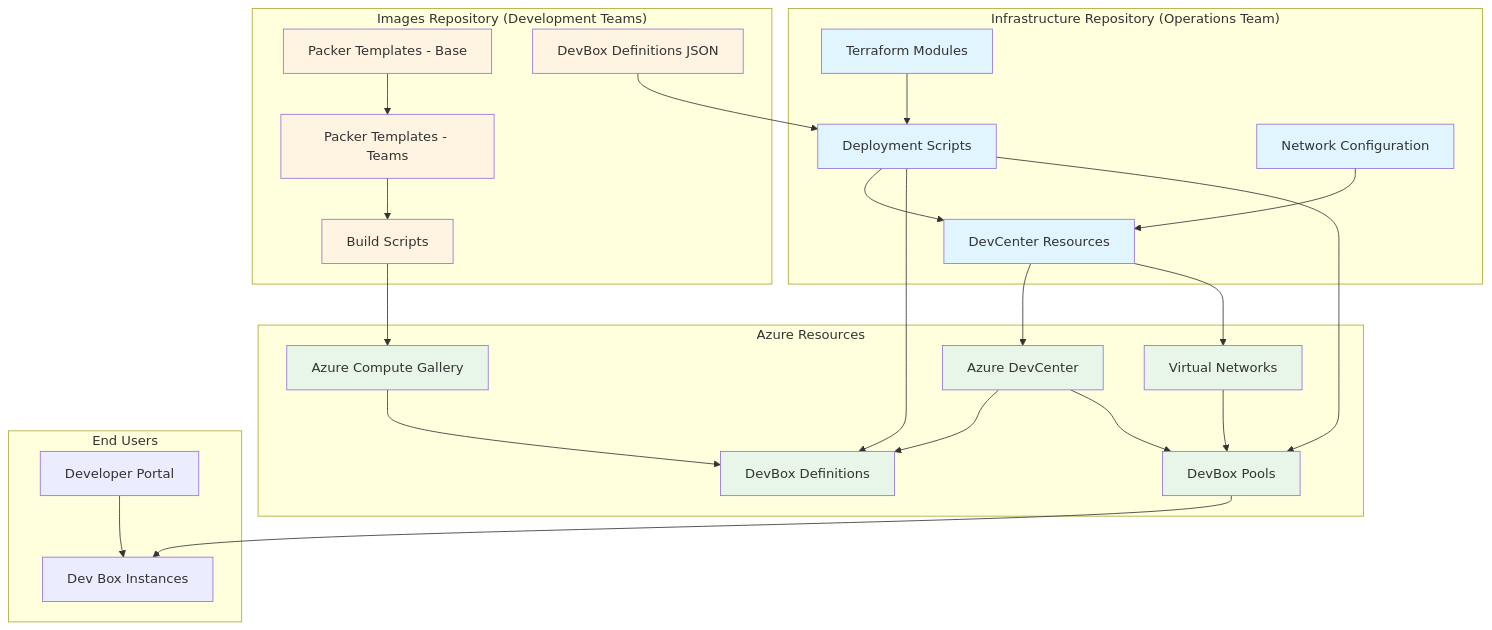
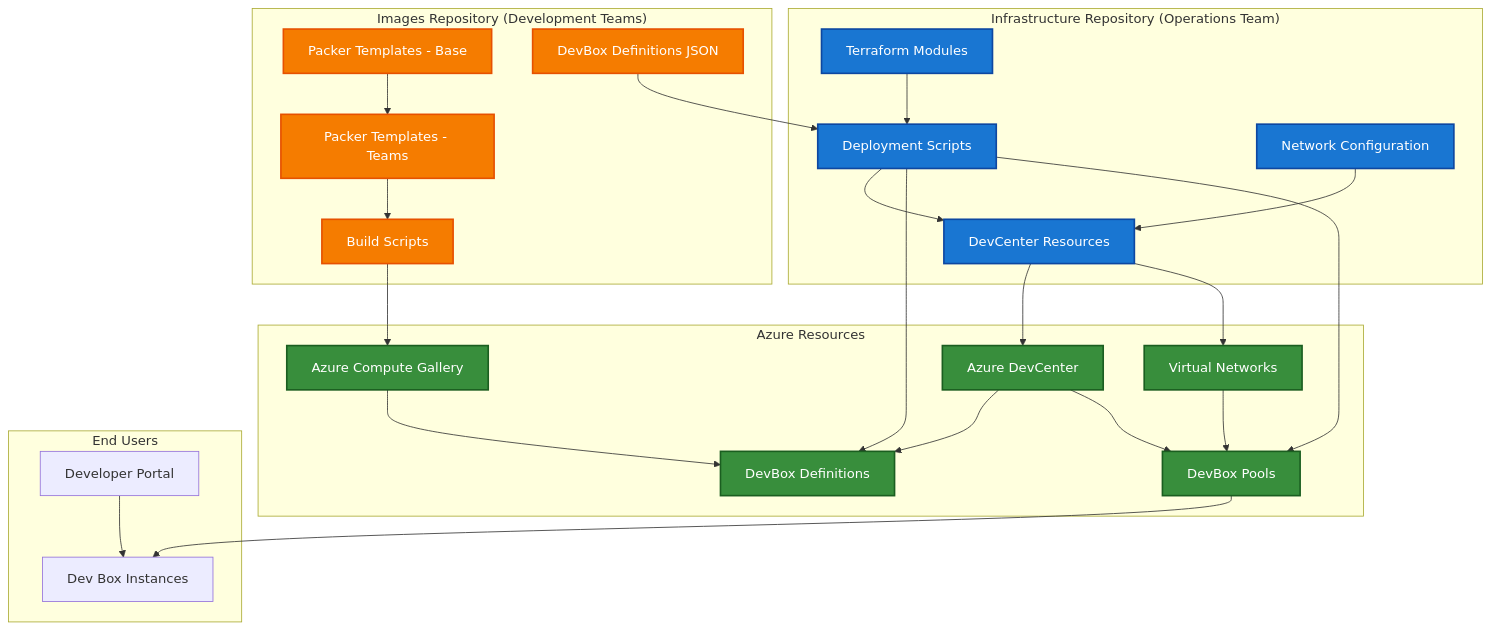
One commit to aj-enns/microsoft.devcenter changed the first of 16 diagrams in terraform/devbox-with-multi-images-and-roles/docs/ARCHITECTURE-DIAGRAMS.md. Above: the diagram before and after it, drawn with Mermaid. The commit also changed other lines of this file, not shown here.

Commit message:
style: Update architecture diagrams with new color scheme for improved clarity

````diff
--- a/terraform/devbox-with-multi-images-and-roles/docs/ARCHITECTURE-DIAGRAMS.md
+++ b/terraform/devbox-with-multi-images-and-roles/docs/ARCHITECTURE-DIAGRAMS.md
@@ -16,61 +16,61 @@
 ```mermaid
 graph TB
     subgraph "Infrastructure Repository (Operations Team)"
         A[Terraform Modules]
         B[Deployment Scripts]
         C[Network Configuration]
         D[DevCenter Resources]
         A --> B
         B --> D
         C --> D
     end
 
     subgraph "Images Repository (Development Teams)"
         E[Packer Templates - Base]
         F[Packer Templates - Teams]
         G[DevBox Definitions JSON]
         H[Build Scripts]
         E --> F
         F --> H
     end
 
     subgraph "Azure Resources"
         I[Azure DevCenter]
         J[Azure Compute Gallery]
         K[Virtual Networks]
         L[DevBox Definitions]
         M[DevBox Pools]
         I --> L
         I --> M
         J --> L
         K --> M
     end
 
     subgraph "End Users"
         N[Developer Portal]
         O[Dev Box Instances]
         N --> O
     end
 
     D --> I
     D --> K
     H --> J
     G --> B
     B --> L
     B --> M
     M --> O
 
-    style A fill:#e1f5ff
-    style B fill:#e1f5ff
-    style C fill:#e1f5ff
-    style D fill:#e1f5ff
-    style E fill:#fff4e1
-    style F fill:#fff4e1
-    style G fill:#fff4e1
-    style H fill:#fff4e1
-    style I fill:#e8f5e9
-    style J fill:#e8f5e9
-    style K fill:#e8f5e9
-    style L fill:#e8f5e9
-    style M fill:#e8f5e9
+    style A fill:#1976d2,stroke:#0d47a1,stroke-width:2px,color:#fff
+    style B fill:#1976d2,stroke:#0d47a1,stroke-width:2px,color:#fff
+    style C fill:#1976d2,stroke:#0d47a1,stroke-width:2px,color:#fff
+    style D fill:#1976d2,stroke:#0d47a1,stroke-width:2px,color:#fff
+    style E fill:#f57c00,stroke:#e65100,stroke-width:2px,color:#fff
+    style F fill:#f57c00,stroke:#e65100,stroke-width:2px,color:#fff
+    style G fill:#f57c00,stroke:#e65100,stroke-width:2px,color:#fff
+    style H fill:#f57c00,stroke:#e65100,stroke-width:2px,color:#fff
+    style I fill:#388e3c,stroke:#1b5e20,stroke-width:2px,color:#fff
+    style J fill:#388e3c,stroke:#1b5e20,stroke-width:2px,color:#fff
+    style K fill:#388e3c,stroke:#1b5e20,stroke-width:2px,color:#fff
+    style L fill:#388e3c,stroke:#1b5e20,stroke-width:2px,color:#fff
+    style M fill:#388e3c,stroke:#1b5e20,stroke-width:2px,color:#fff
 ```
````
